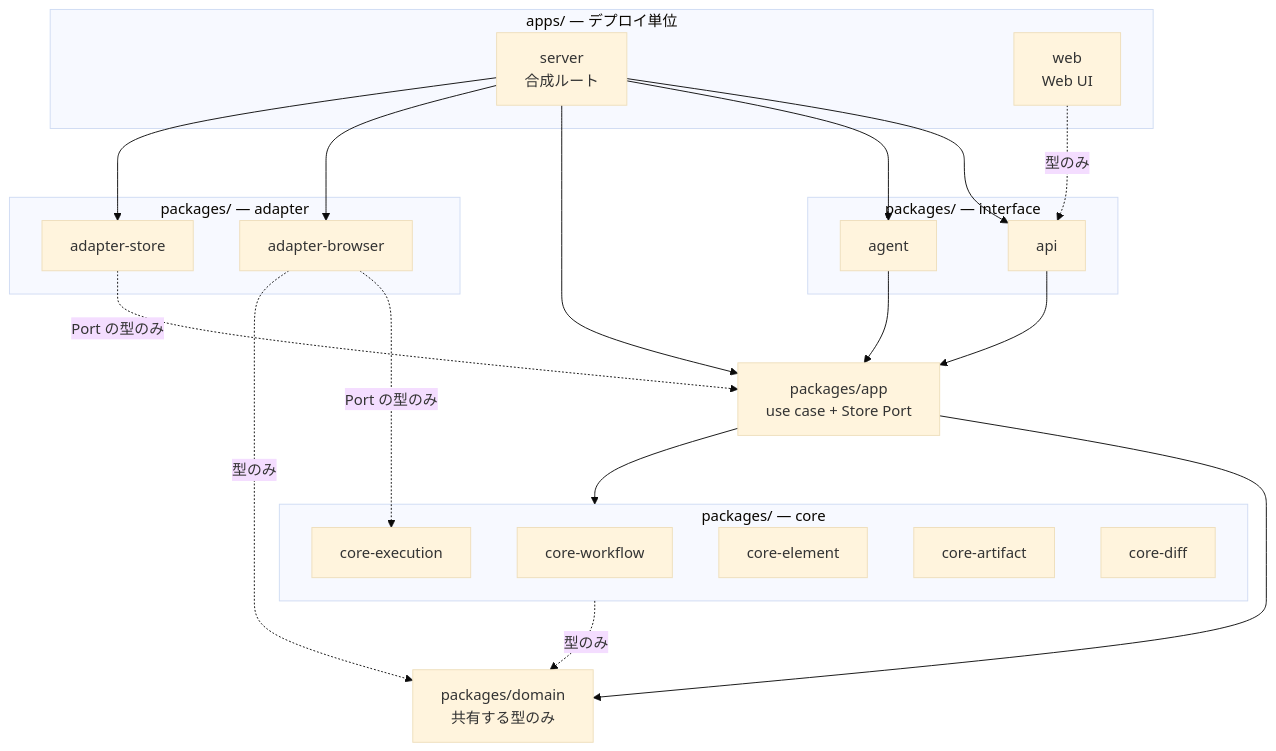
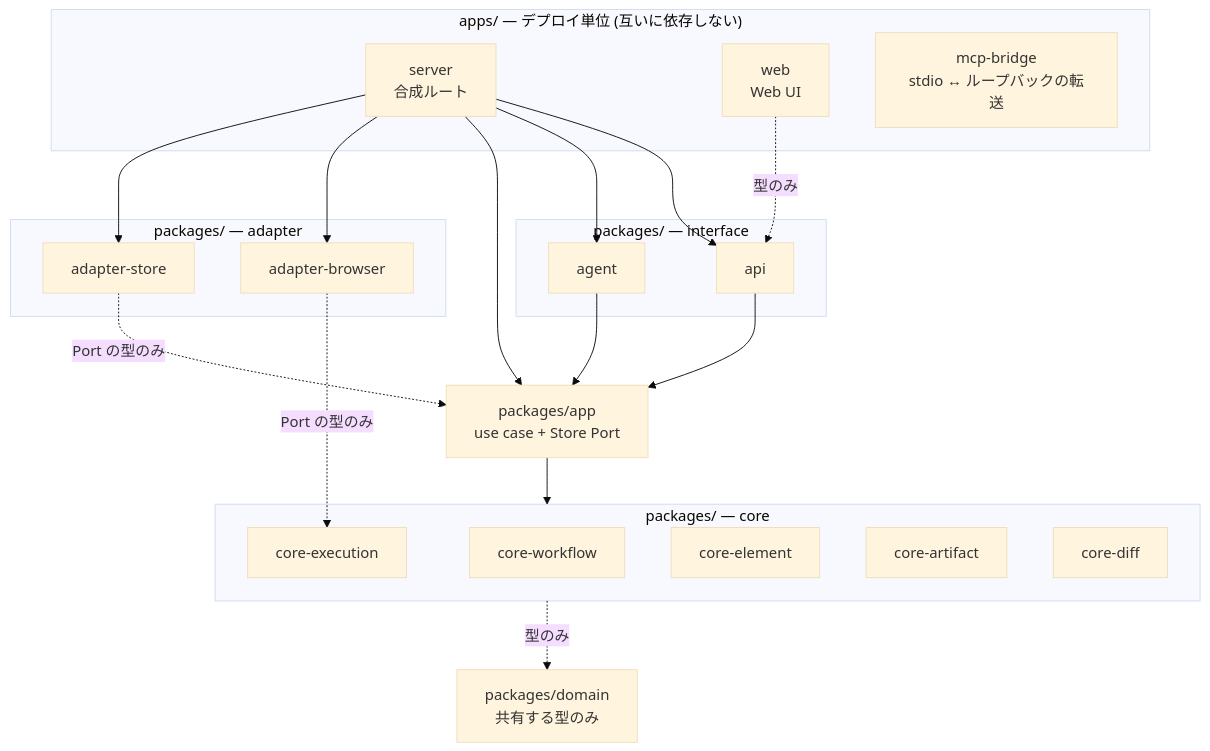
Before and after one commit to Fukuemon/screen-contract: the diagram in context/architecture.md, drawn with Mermaid (base theme). The commit also changed other lines of this file and 7 other files, not shown here.

````diff
--- a/context/architecture.md
+++ b/context/architecture.md
@@ -44,46 +48,45 @@
 ```mermaid
 flowchart TD
-    subgraph apps["apps/ — デプロイ単位"]
+    subgraph apps["apps/ — デプロイ単位 (互いに依存しない)"]
         server["server<br/>合成ルート"]
         web["web<br/>Web UI"]
+        bridge["mcp-bridge<br/>stdio ↔ ループバックの転送"]
     end
 
     subgraph iface["packages/ — interface"]
         api["api"]
         agent["agent"]
     end
 
     app["packages/app<br/>use case + Store Port"]
 
     subgraph core["packages/ — core"]
         cw["core-workflow"]
         ce["core-execution"]
         cel["core-element"]
         ca["core-artifact"]
         cd["core-diff"]
     end
 
     domain["packages/domain<br/>共有する型のみ"]
 
     subgraph adapters["packages/ — adapter"]
         ab["adapter-browser"]
         as["adapter-store"]
     end
 
     server --> api
     server --> agent
     server --> app
     server --> ab
     server --> as
     web -.->|"型のみ"| api
 
     api --> app
     agent --> app
     app --> core
 
     core -.->|"型のみ"| domain
-    app --> domain
     ab -.->|"Port の型のみ"| ce
-    ab -.->|"型のみ"| domain
     as -.->|"Port の型のみ"| app
 ```
````
